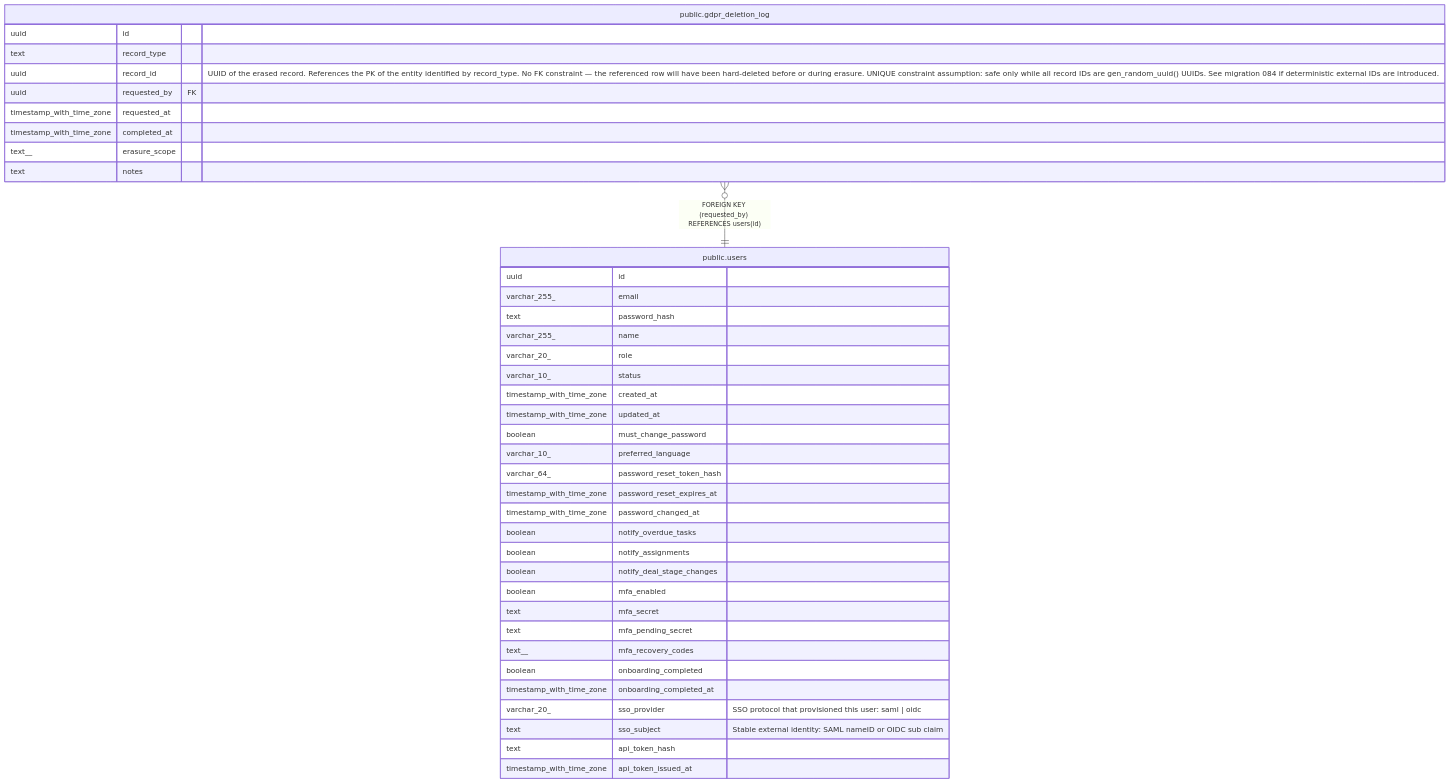
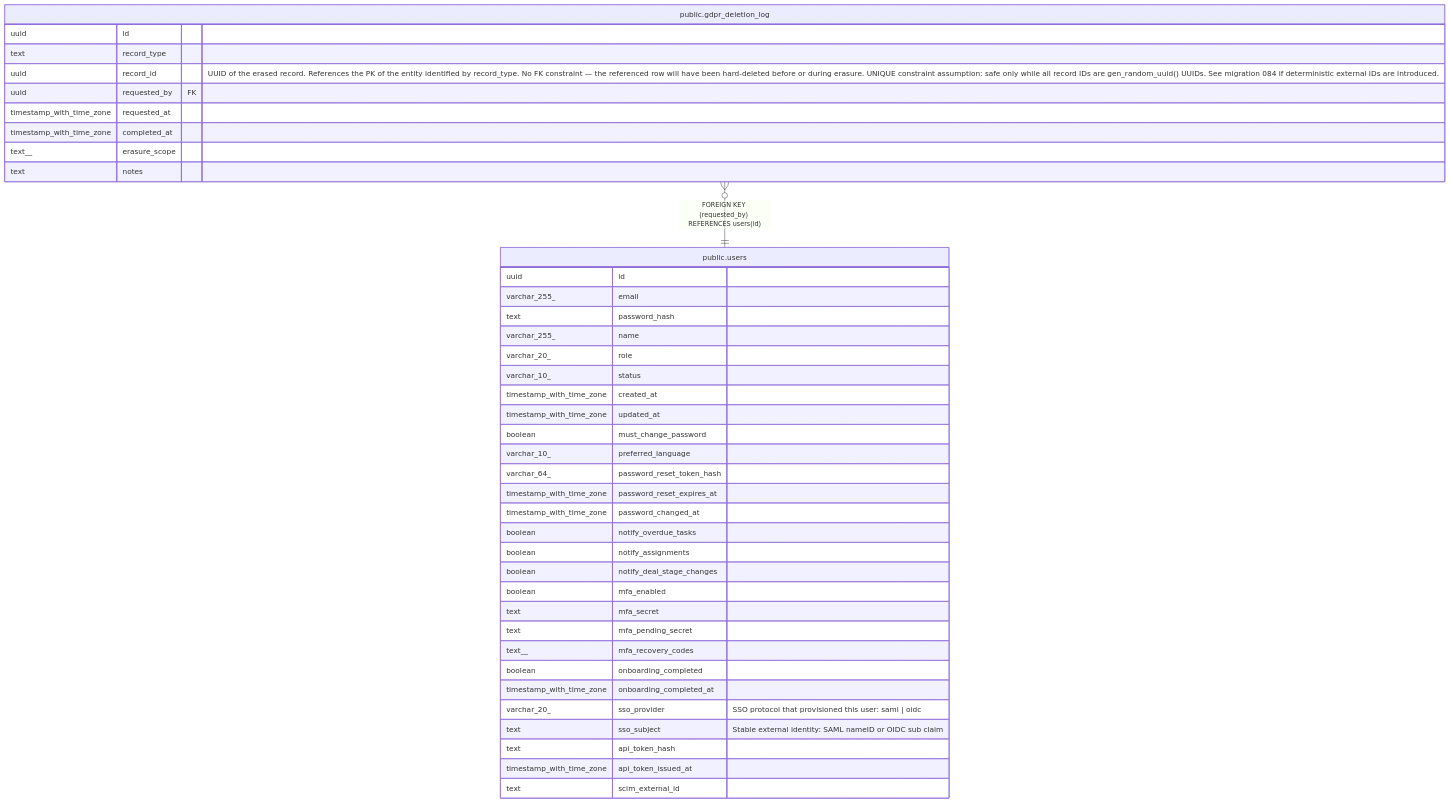
The diagram in docs/schema/public.gdpr_deletion_log.md (rkseattle/minicrm), drawn with Mermaid before and after one commit. The commit also changed 72 other files, not shown here.

````diff
--- a/docs/schema/public.gdpr_deletion_log.md
+++ b/docs/schema/public.gdpr_deletion_log.md
@@ -36,44 +36,45 @@
 ```mermaid
 erDiagram
 
 "public.gdpr_deletion_log" }o--|| "public.users" : "FOREIGN KEY (requested_by) REFERENCES users(id)"
 
 "public.gdpr_deletion_log" {
   uuid id ""
   text record_type ""
   uuid record_id "UUID of the erased record. References the PK of the entity identified by record_type. No FK constraint — the referenced row will have been hard-deleted before or during erasure. UNIQUE constraint assumption: safe only while all record IDs are gen_random_uuid() UUIDs. See migration 084 if deterministic external IDs are introduced."
   uuid requested_by FK ""
   timestamp_with_time_zone requested_at ""
   timestamp_with_time_zone completed_at ""
   text__ erasure_scope ""
   text notes ""
 }
 "public.users" {
   uuid id ""
   varchar_255_ email ""
   text password_hash ""
   varchar_255_ name ""
   varchar_20_ role ""
   varchar_10_ status ""
   timestamp_with_time_zone created_at ""
   timestamp_with_time_zone updated_at ""
   boolean must_change_password ""
   varchar_10_ preferred_language ""
   varchar_64_ password_reset_token_hash ""
   timestamp_with_time_zone password_reset_expires_at ""
   timestamp_with_time_zone password_changed_at ""
   boolean notify_overdue_tasks ""
   boolean notify_assignments ""
   boolean notify_deal_stage_changes ""
   boolean mfa_enabled ""
   text mfa_secret ""
   text mfa_pending_secret ""
   text__ mfa_recovery_codes ""
   boolean onboarding_completed ""
   timestamp_with_time_zone onboarding_completed_at ""
   varchar_20_ sso_provider "SSO protocol that provisioned this user: saml | oidc"
   text sso_subject "Stable external identity: SAML nameID or OIDC sub claim"
   text api_token_hash ""
   timestamp_with_time_zone api_token_issued_at ""
+  text scim_external_id ""
 }
 ```
````
